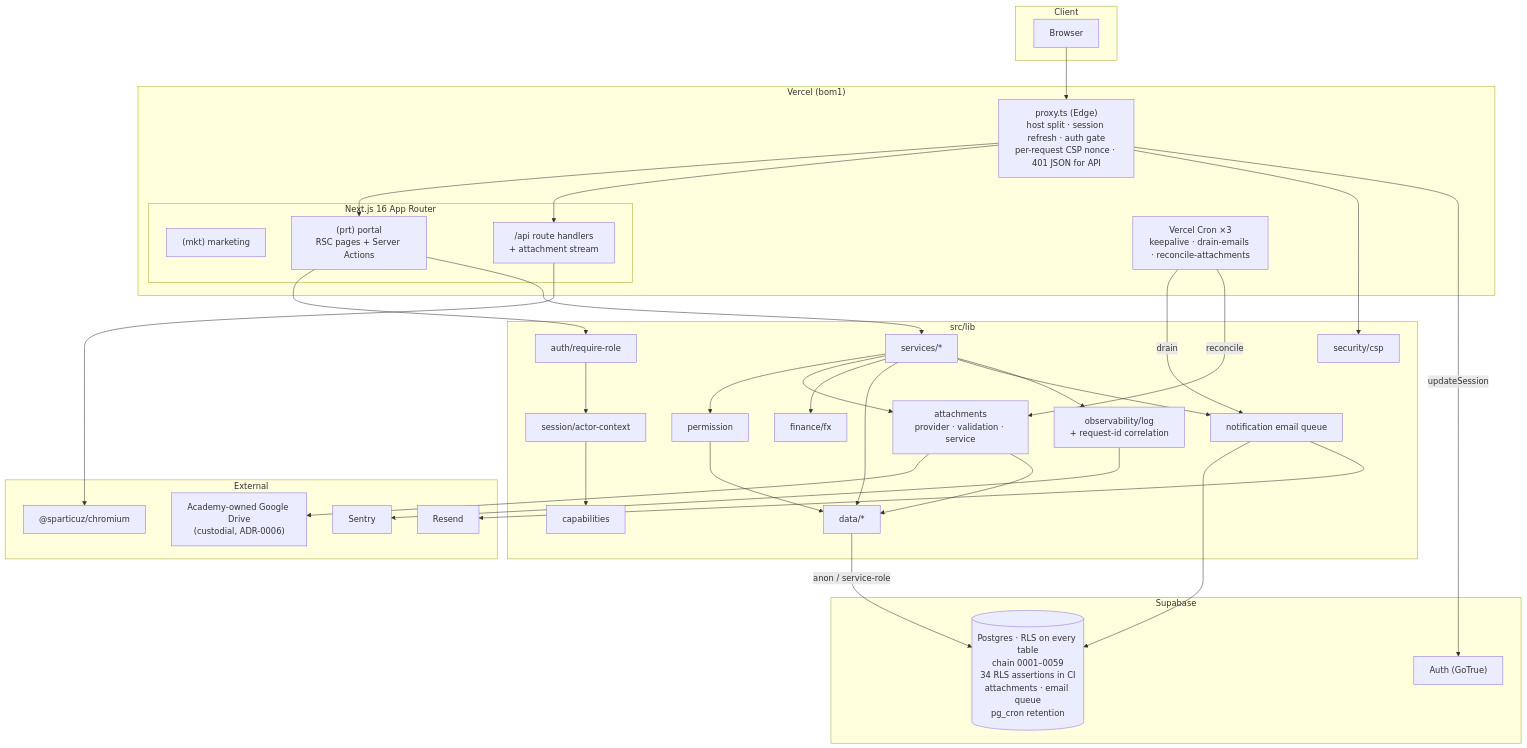
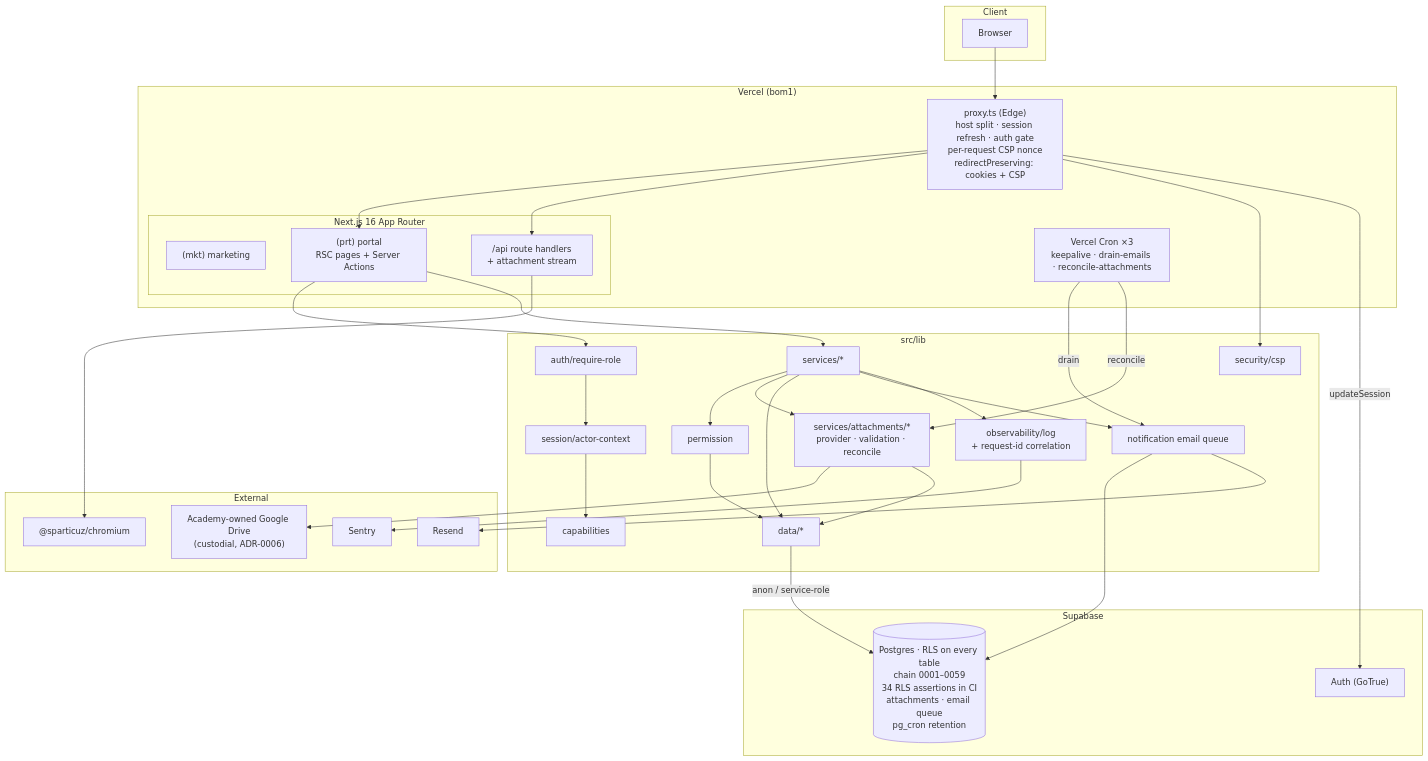
One commit to shamil3ilm/certed-test changed the diagram in docs/qa/2026-08-03-architecture-audit.md. Above: the diagram before and after it, drawn with Mermaid. The commit also changed other lines of this file and 3 other files, not shown here.

````diff
--- a/docs/qa/2026-08-03-architecture-audit.md
+++ b/docs/qa/2026-08-03-architecture-audit.md
@@ -165,68 +163,66 @@
 ```mermaid
 flowchart TB
   subgraph Client
     B[Browser]
   end
 
   subgraph Vercel["Vercel (bom1)"]
-    MW["proxy.ts (Edge)<br/>host split · session refresh · auth gate<br/>per-request CSP nonce · 401 JSON for API"]
+    MW["proxy.ts (Edge)<br/>host split · session refresh · auth gate<br/>per-request CSP nonce<br/>redirectPreserving: cookies + CSP"]
     subgraph Next["Next.js 16 App Router"]
       MKT["(mkt) marketing"]
       PRT["(prt) portal<br/>RSC pages + Server Actions"]
       API["/api route handlers<br/>+ attachment stream"]
     end
     CRON["Vercel Cron ×3<br/>keepalive · drain-emails · reconcile-attachments"]
   end
 
   subgraph Domain["src/lib"]
     GUARD["auth/require-role"]
     ACTOR["session/actor-context"]
     CAP["capabilities"]
     PERM["permission"]
     SVC["services/*"]
-    ATT["attachments<br/>provider · validation · service"]
-    FX["finance/fx"]
+    ATT["services/attachments/*<br/>provider · validation · reconcile"]
     DATA["data/*"]
     OBS["observability/log<br/>+ request-id correlation"]
     QUEUE["notification email queue"]
     CSP["security/csp"]
   end
 
   subgraph Supabase
     AUTH["Auth (GoTrue)"]
     PG[("Postgres · RLS on every table<br/>chain 0001–0059<br/>34 RLS assertions in CI<br/>attachments · email queue<br/>pg_cron retention")]
   end
 
   subgraph External
     GDRIVE["Academy-owned Google Drive<br/>(custodial, ADR-0006)"]
     CHROME["@sparticuz/chromium"]
     RESEND["Resend"]
     SENTRY["Sentry"]
   end
 
   B --> MW
   MW --> PRT
   MW --> API
   MW --> CSP
   MW -->|updateSession| AUTH
   PRT --> GUARD
   GUARD --> ACTOR
   ACTOR --> CAP
   PRT --> SVC
   SVC --> PERM
   SVC --> ATT
-  SVC --> FX
   SVC --> DATA
   SVC --> QUEUE
   SVC --> OBS
   ATT --> GDRIVE
   ATT --> DATA
   QUEUE --> PG
   CRON -->|drain| QUEUE
   CRON -->|reconcile| ATT
   QUEUE --> RESEND
   OBS --> SENTRY
   PERM --> DATA
   DATA -->|"anon / service-role"| PG
   API --> CHROME
 ```
````
